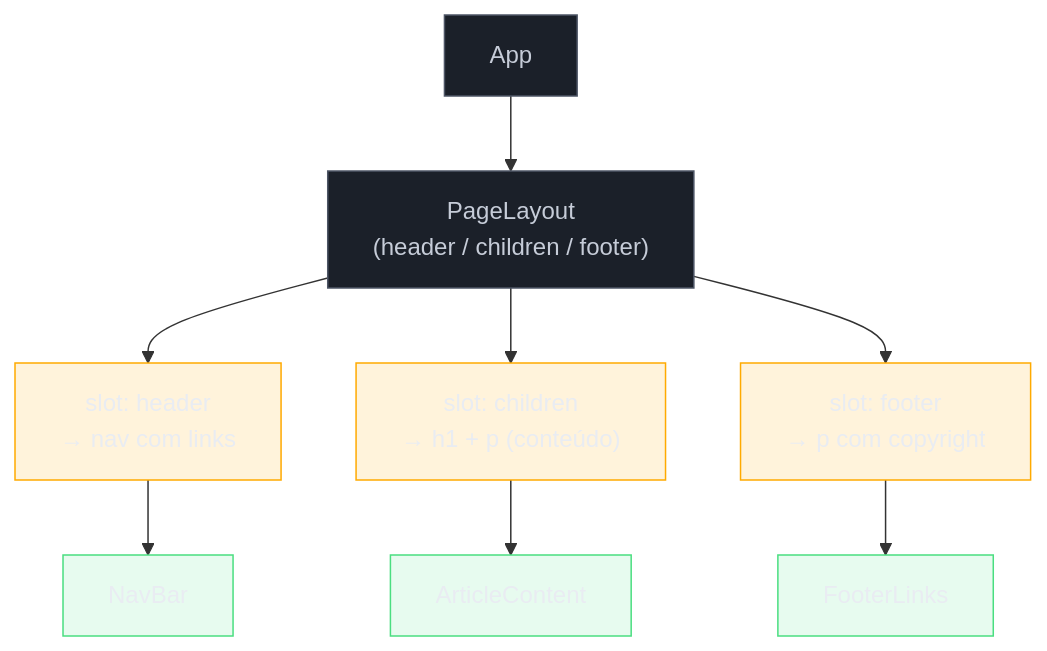
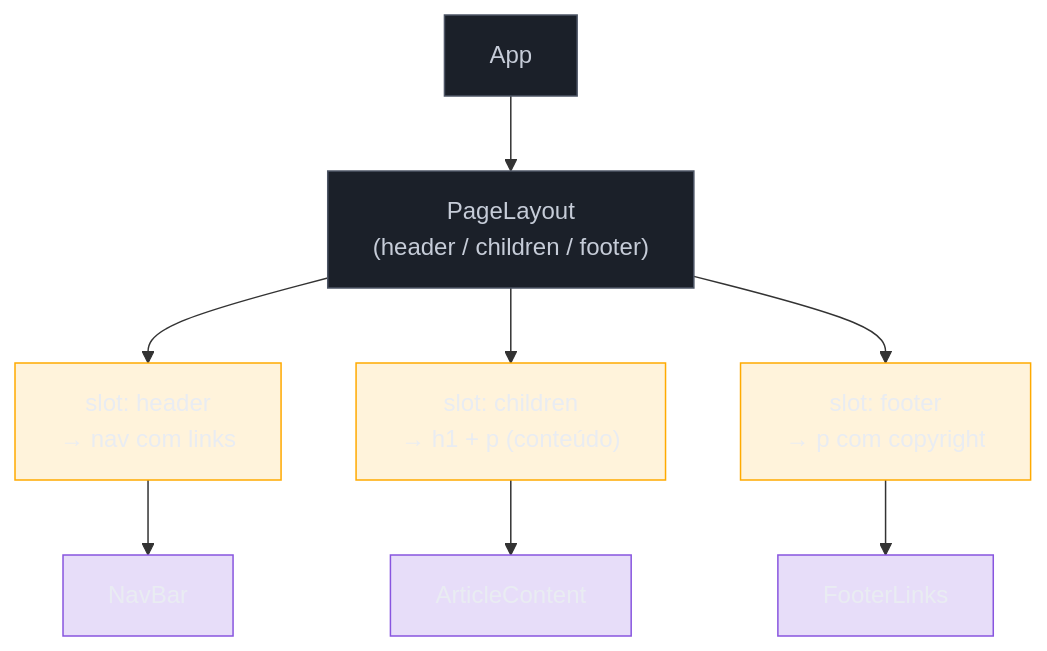
One commit to josenaldo/codex-technomanticus changed the second of 2 diagrams in 03-Dominios/Tecnologia/React/React core/08 - Renderização condicional e composição.md. Above: the diagram before and after it, drawn with Mermaid. The commit also changed 601 other files, not shown here.

````diff
--- a/03-Dominios/Tecnologia/React/React core/08 - Renderização condicional e composição.md
+++ b/03-Dominios/Tecnologia/React/React core/08 - Renderização condicional e composição.md
@@ -315,25 +315,25 @@
 ```mermaid
 graph TD
+    classDef marca fill:#8855DF33,stroke:#8855DF,color:#E9ECF2
     classDef neutro fill:#1B2029,stroke:#4E5666,color:#C6CCD8
     classDef destaque fill:#FFAA0024,stroke:#FFAA00,color:#E9ECF2
-    classDef ok fill:#4ADE8021,stroke:#4ADE80,color:#E9ECF2
     App["App"]
     App --> Layout["PageLayout\n(header / children / footer)"]
 
     Layout --> H["slot: header\n→ nav com links"]
     Layout --> M["slot: children\n→ h1 + p (conteúdo)"]
     Layout --> F["slot: footer\n→ p com copyright"]
 
     H --> Nav["NavBar"]
     M --> Content["ArticleContent"]
     F --> FooterComp["FooterLinks"]
 
     class App neutro
     class Layout neutro
     class H destaque
     class M destaque
     class F destaque
-    class Nav ok
-    class Content ok
-    class FooterComp ok
+    class Nav marca
+    class Content marca
+    class FooterComp marca
 ```
````
